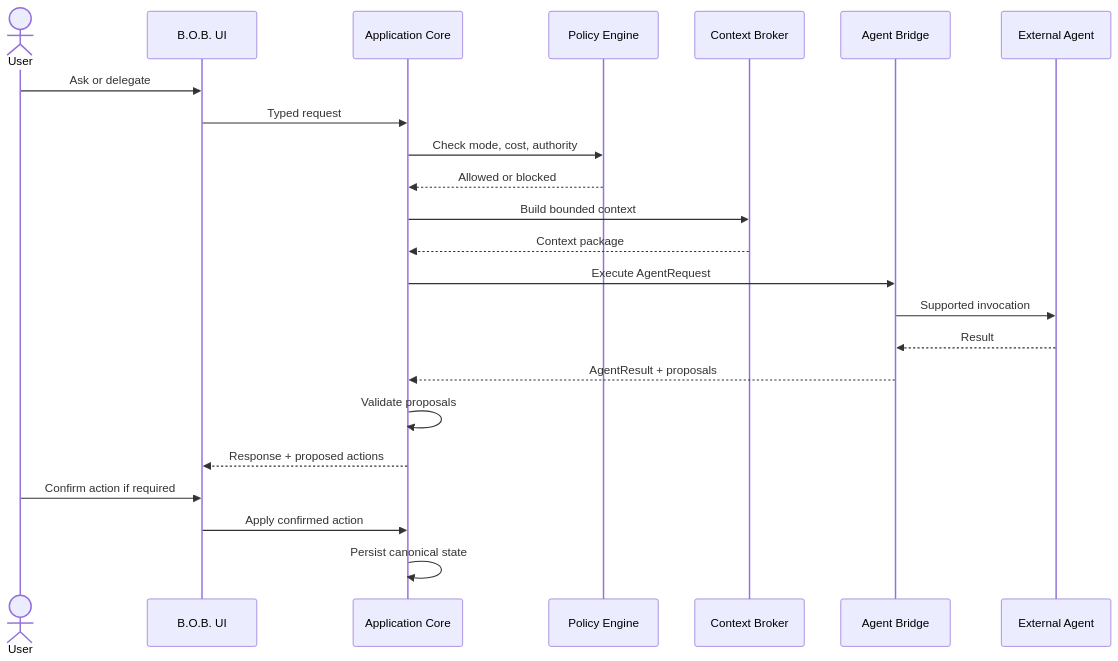
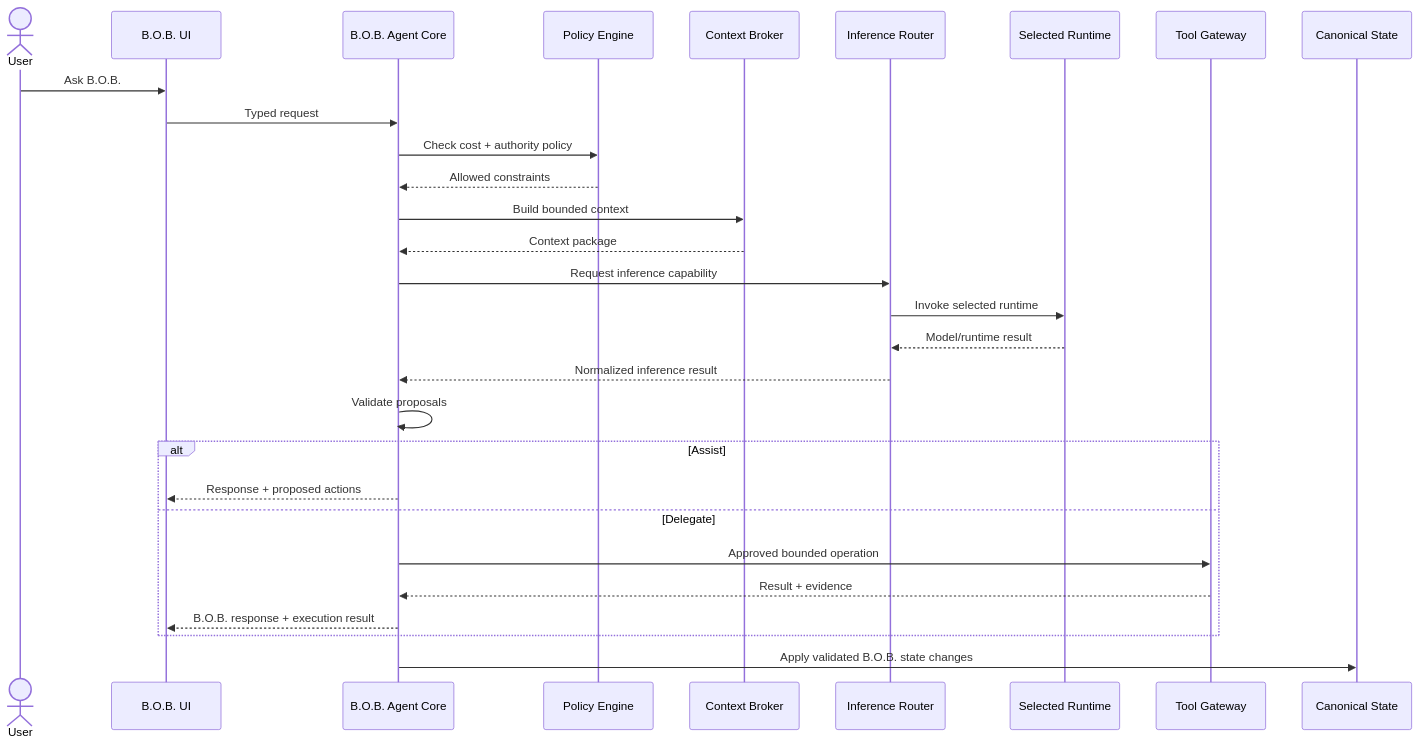
The third of 4 diagrams in docs/ARCHITECTURE.md (Knapp-Kevin/B.O.B.), drawn with Mermaid before and after one commit. The commit also changed other lines of this file, not shown here.

Commit message:
Define single-agent multi-runtime target architecture

````diff
--- a/docs/ARCHITECTURE.md
+++ b/docs/ARCHITECTURE.md
@@ -128,26 +173,32 @@
 ```mermaid
 sequenceDiagram
     actor U as User
     participant UI as B.O.B. UI
-    participant C as Application Core
+    participant B as B.O.B. Agent Core
     participant P as Policy Engine
     participant X as Context Broker
-    participant B as Agent Bridge
-    participant A as External Agent
+    participant R as Inference Router
+    participant M as Selected Runtime
+    participant T as Tool Gateway
+    participant S as Canonical State
 
-    U->>UI: Ask or delegate
-    UI->>C: Typed request
-    C->>P: Check mode, cost, authority
-    P-->>C: Allowed or blocked
-    C->>X: Build bounded context
-    X-->>C: Context package
-    C->>B: Execute AgentRequest
-    B->>A: Supported invocation
-    A-->>B: Result
-    B-->>C: AgentResult + proposals
-    C->>C: Validate proposals
-    C-->>UI: Response + proposed actions
-    U->>UI: Confirm action if required
-    UI->>C: Apply confirmed action
-    C->>C: Persist canonical state
+    U->>UI: Ask B.O.B.
+    UI->>B: Typed request
+    B->>P: Check cost + authority policy
+    P-->>B: Allowed constraints
+    B->>X: Build bounded context
+    X-->>B: Context package
+    B->>R: Request inference capability
+    R->>M: Invoke selected runtime
+    M-->>R: Model/runtime result
+    R-->>B: Normalized inference result
+    B->>B: Validate proposals
+    alt Assist
+        B-->>UI: Response + proposed actions
+    else Delegate
+        B->>T: Approved bounded operation
+        T-->>B: Result + evidence
+        B-->>UI: B.O.B. response + execution result
+    end
+    B->>S: Apply validated B.O.B. state changes
 ```
````
